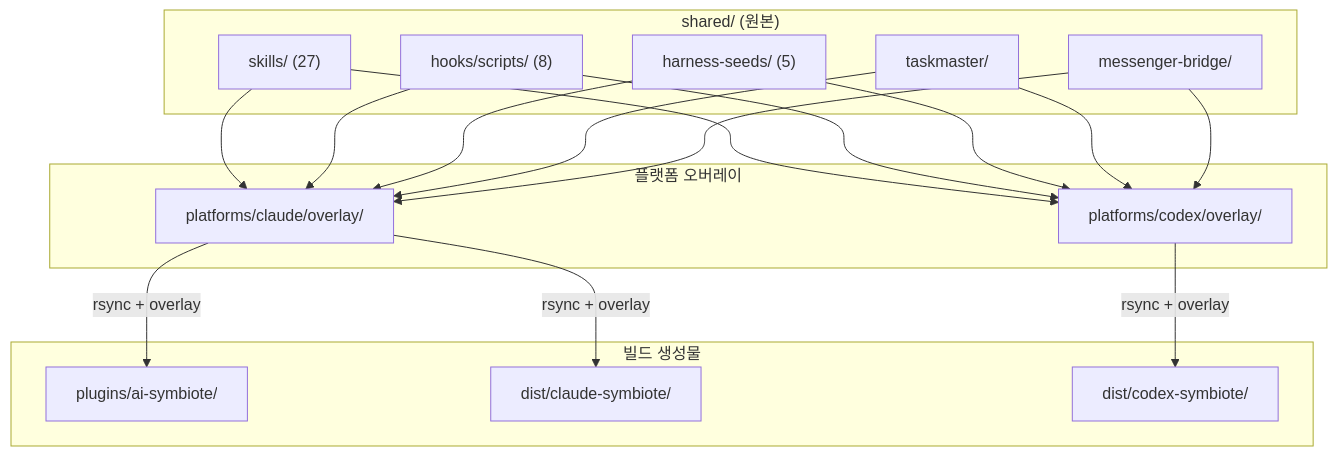
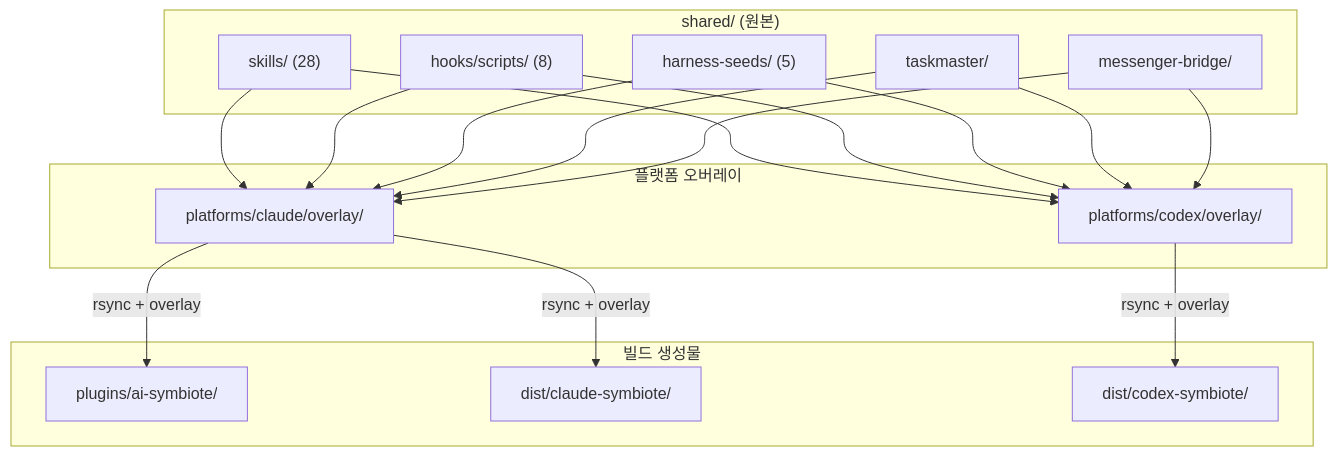
One commit to Jimmy-Jung/ai-symbiote changed the first of 3 diagrams in docs/ARCHITECTURE.md. Above: the diagram before and after it, drawn with Mermaid. The commit also changed other lines of this file and 2 other files, not shown here.

````diff
--- a/docs/ARCHITECTURE.md
+++ b/docs/ARCHITECTURE.md
@@ -29,24 +29,24 @@
 ```mermaid
 flowchart TD
     subgraph "shared/ (원본)"
-        SK["skills/ (27)"]
+        SK["skills/ (28)"]
         HK["hooks/scripts/ (8)"]
         HS["harness-seeds/ (5)"]
         TM["taskmaster/"]
         MB["messenger-bridge/"]
     end
     subgraph "플랫폼 오버레이"
         CL["platforms/claude/overlay/"]
         CX["platforms/codex/overlay/"]
     end
     subgraph "빌드 생성물"
         PL["plugins/ai-symbiote/"]
         DC["dist/claude-symbiote/"]
         DX["dist/codex-symbiote/"]
     end
     SK & HK & HS & TM & MB --> CL
     SK & HK & HS & TM & MB --> CX
     CL -->|"rsync + overlay"| PL
     CL -->|"rsync + overlay"| DC
     CX -->|"rsync + overlay"| DX
 ```
````
